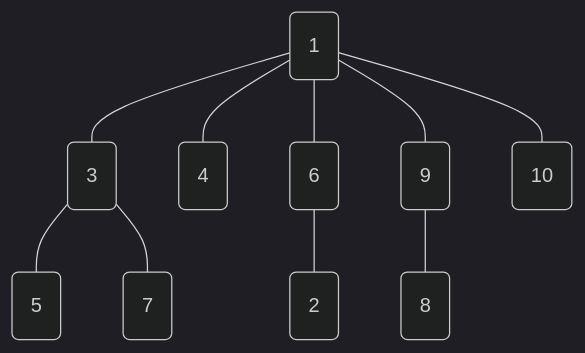
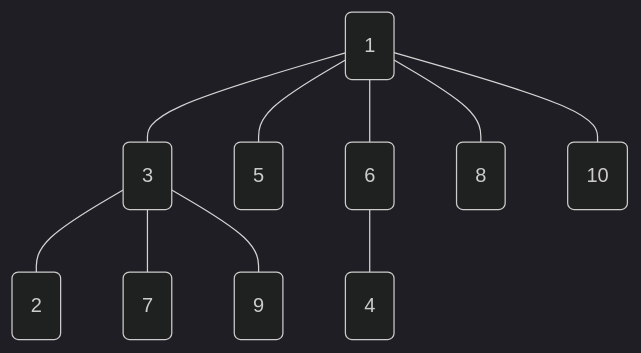
The diagram in HW02_DSA(2)/BFS.md (Austin1153/DSA), drawn with Mermaid (dark theme) before and after one commit. The commit also changed other lines of this file and 19 other files, not shown here.

````diff
--- a/HW02_DSA(2)/BFS.md
+++ b/HW02_DSA(2)/BFS.md
@@ -2,22 +2,22 @@
 ```mermaid
  graph TD
 	A1(1)
 	A2(2)
 	A3(3)
 	A4(4)
 	A5(5)
 	A6(6)
 	A7(7)
 	A8(8)
 	A9(9)
 	A10(10)
 	A1 --- A3
-	A1 --- A4
+	A1 --- A5
 	A1 --- A6
-	A1 --- A9
+	A1 --- A8
 	A1 --- A10
-	A3 --- A5
+	A3 --- A2
 	A3 --- A7
-	A6 --- A2
-	A9 --- A8
+	A3 --- A9
+	A6 --- A4
 ```
````
